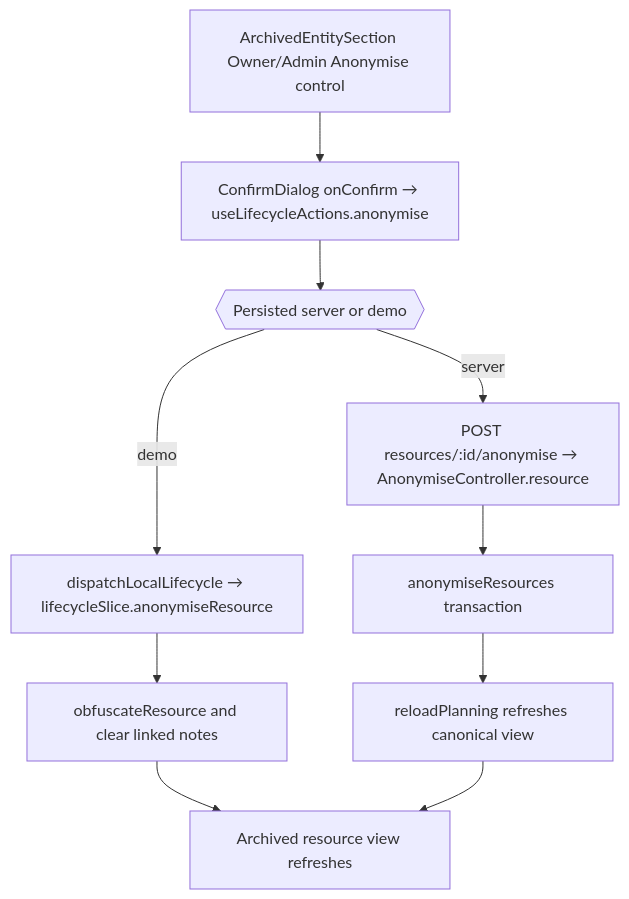
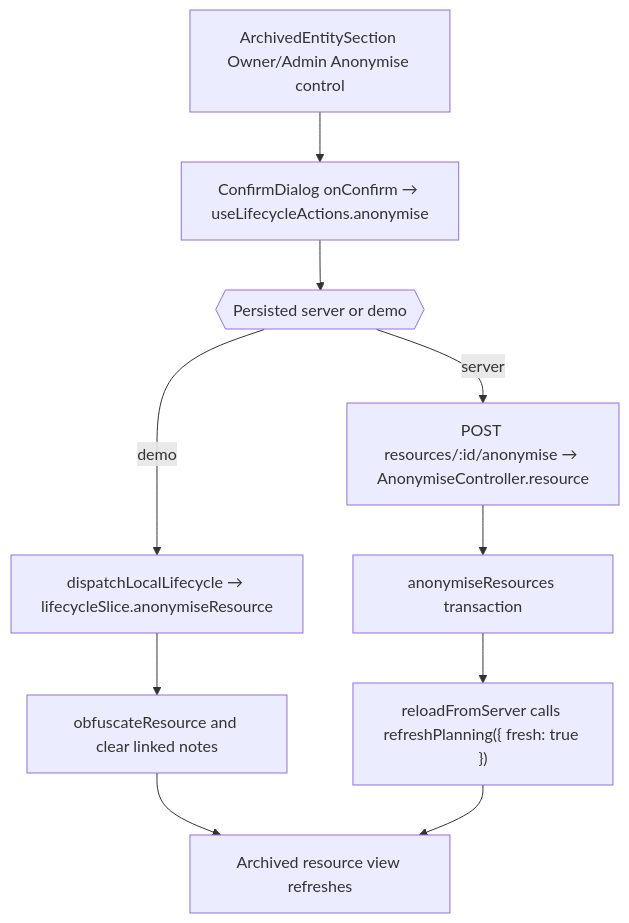
The second of 2 diagrams in user-stories/resources/US-RES-16-anonymise-resource.md (Kevinjohn/capacitylens), drawn with Mermaid before and after one commit. The commit also changed other lines of this file and 119 other files, not shown here.

First line of the commit message:
docs: correct story text and flow diagrams against current source

````diff
--- a/user-stories/resources/US-RES-16-anonymise-resource.md
+++ b/user-stories/resources/US-RES-16-anonymise-resource.md
@@ -28,10 +28,10 @@
 ```mermaid
 flowchart TD
   A["ArchivedEntitySection Owner/Admin Anonymise control"] --> B["ConfirmDialog onConfirm → useLifecycleActions.anonymise"]
   B --> C{{"Persisted server or demo"}}
-  C -->|server| D["POST resources/:id/anonymise → AnonymiseController.resource"] --> E["anonymiseResources transaction"] --> F["reloadPlanning refreshes canonical view"]
+  C -->|server| D["POST resources/:id/anonymise → AnonymiseController.resource"] --> E["anonymiseResources transaction"] --> F["reloadFromServer calls refreshPlanning({ fresh: true })"]
   C -->|demo| G["dispatchLocalLifecycle → lifecycleSlice.anonymiseResource"]
   G --> H["obfuscateResource and clear linked notes"]
   H --> I["Archived resource view refreshes"]
   F --> I
 ```
````
